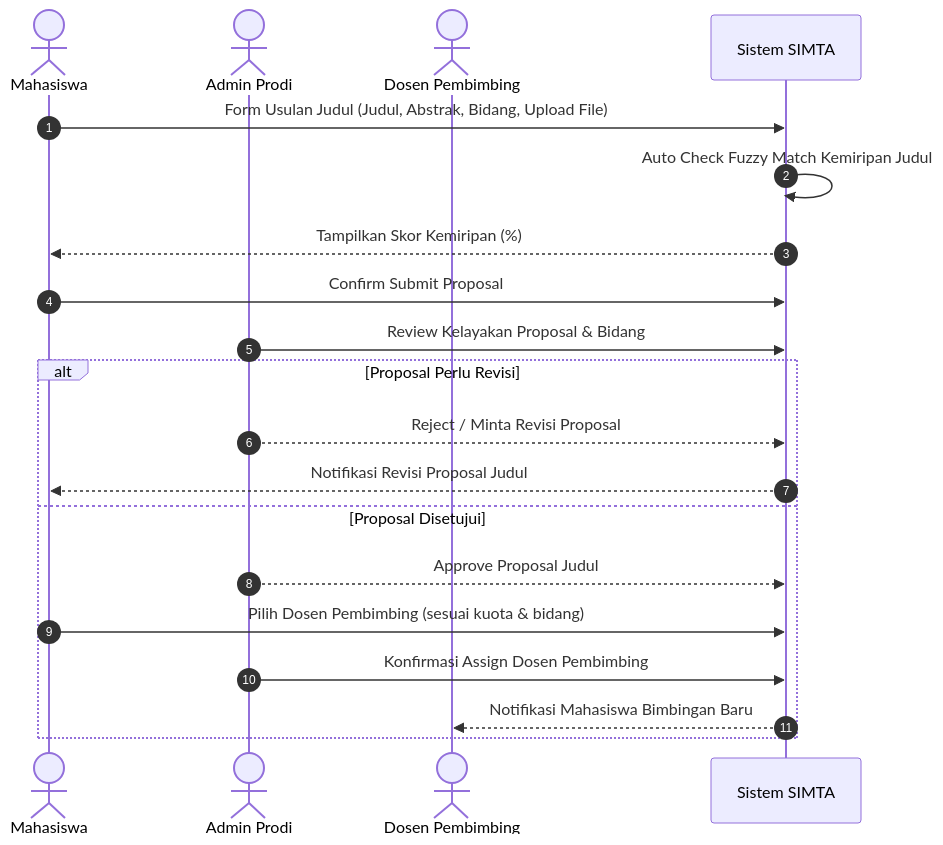
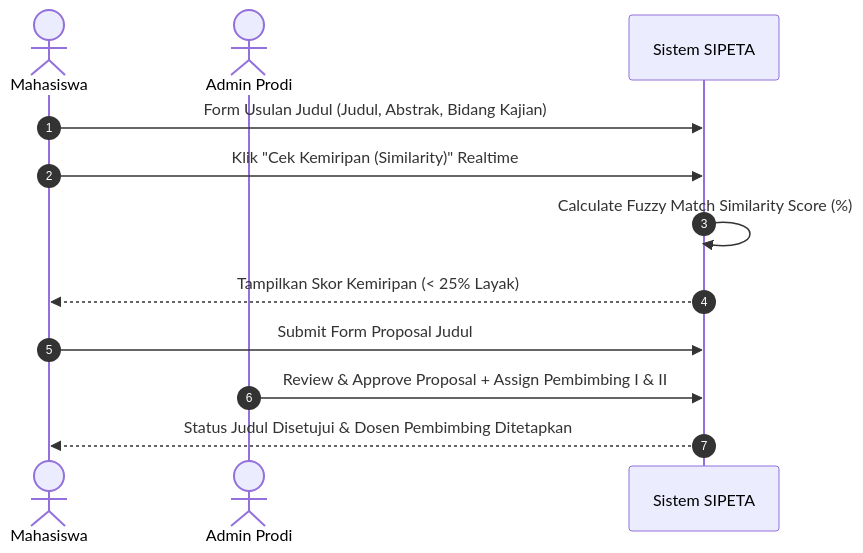
One commit to DanuZen/isi-final-project changed the second of 5 diagrams in docs/WORKFLOWS.md. Above: the diagram before and after it, drawn with Mermaid. The commit also changed other lines of this file and 21 other files, not shown here.

Commit message:
feat: modernize SIPETA UI with 4-stage TA focus, centered logo, interactive calendar, list-judul repository, and updated docs

````diff
--- a/docs/WORKFLOWS.md
+++ b/docs/WORKFLOWS.md
@@ -62,23 +35,15 @@
 ```mermaid
 sequenceDiagram
     autonumber
     actor M as Mahasiswa
     actor P as Admin Prodi
-    actor D as Dosen Pembimbing
-    participant S as Sistem SIMTA
+    participant S as Sistem SIPETA
 
-    M->>S: Form Usulan Judul (Judul, Abstrak, Bidang, Upload File)
-    S->>S: Auto Check Fuzzy Match Kemiripan Judul
-    S-->>M: Tampilkan Skor Kemiripan (%)
-    M->>S: Confirm Submit Proposal
-    P->>S: Review Kelayakan Proposal & Bidang
-    alt Proposal Perlu Revisi
-        P-->>S: Reject / Minta Revisi Proposal
-        S-->>M: Notifikasi Revisi Proposal Judul
-    else Proposal Disetujui
-        P-->>S: Approve Proposal Judul
-        M->>S: Pilih Dosen Pembimbing (sesuai kuota & bidang)
-        P->>S: Konfirmasi Assign Dosen Pembimbing
-        S-->>D: Notifikasi Mahasiswa Bimbingan Baru
-    end
+    M->>S: Form Usulan Judul (Judul, Abstrak, Bidang Kajian)
+    M->>S: Klik "Cek Kemiripan (Similarity)" Realtime
+    S->>S: Calculate Fuzzy Match Similarity Score (%)
+    S-->>M: Tampilkan Skor Kemiripan (< 25% Layak)
+    M->>S: Submit Form Proposal Judul
+    P->>S: Review & Approve Proposal + Assign Pembimbing I & II
+    S-->>M: Status Judul Disetujui & Dosen Pembimbing Ditetapkan
 ```
````
